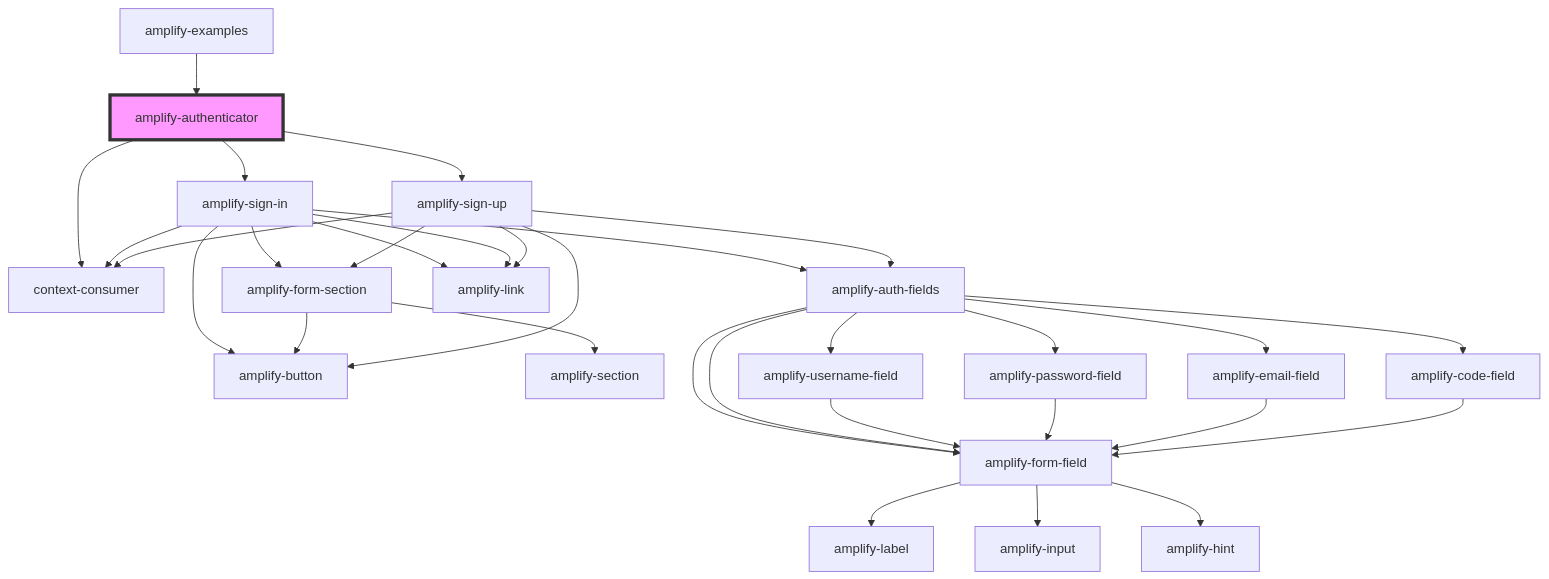
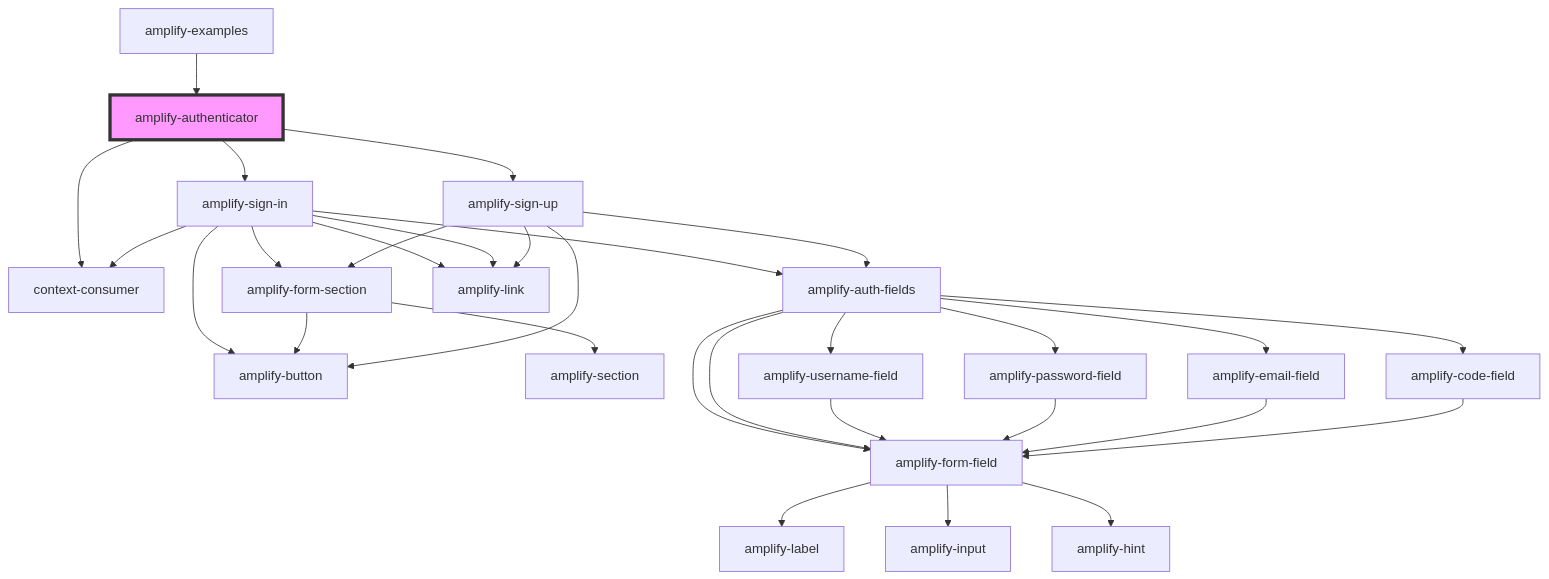
One commit to aws-amplify/amplify-js changed the diagram in packages/amplify-ui-components/src/components/amplify-authenticator/readme.md. Above: the diagram before and after it, drawn with Mermaid. The commit also changed 10 other files, not shown here.

````diff
--- a/packages/amplify-ui-components/src/components/amplify-authenticator/readme.md
+++ b/packages/amplify-ui-components/src/components/amplify-authenticator/readme.md
@@ -28,34 +28,33 @@
 ```mermaid
 graph TD;
   amplify-authenticator --> amplify-sign-in
   amplify-authenticator --> amplify-sign-up
   amplify-authenticator --> context-consumer
   amplify-sign-in --> amplify-form-section
   amplify-sign-in --> amplify-auth-fields
   amplify-sign-in --> amplify-link
   amplify-sign-in --> context-consumer
   amplify-sign-in --> amplify-link
   amplify-sign-in --> amplify-button
   amplify-form-section --> amplify-section
   amplify-form-section --> amplify-button
   amplify-auth-fields --> amplify-username-field
   amplify-auth-fields --> amplify-password-field
   amplify-auth-fields --> amplify-email-field
   amplify-auth-fields --> amplify-code-field
   amplify-auth-fields --> amplify-form-field
   amplify-auth-fields --> amplify-form-field
   amplify-username-field --> amplify-form-field
   amplify-form-field --> amplify-label
   amplify-form-field --> amplify-input
   amplify-form-field --> amplify-hint
   amplify-password-field --> amplify-form-field
   amplify-email-field --> amplify-form-field
   amplify-code-field --> amplify-form-field
   amplify-sign-up --> amplify-form-section
   amplify-sign-up --> amplify-auth-fields
   amplify-sign-up --> amplify-link
   amplify-sign-up --> amplify-button
-  amplify-sign-up --> context-consumer
   amplify-examples --> amplify-authenticator
   style amplify-authenticator fill:#f9f,stroke:#333,stroke-width:4px
 ```
````
